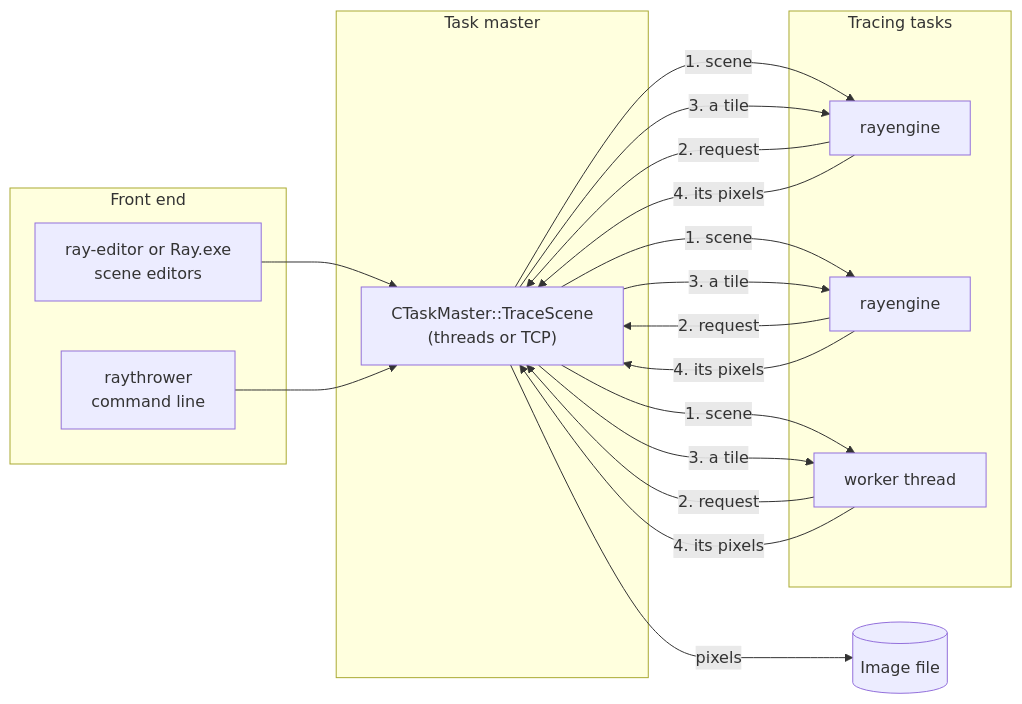
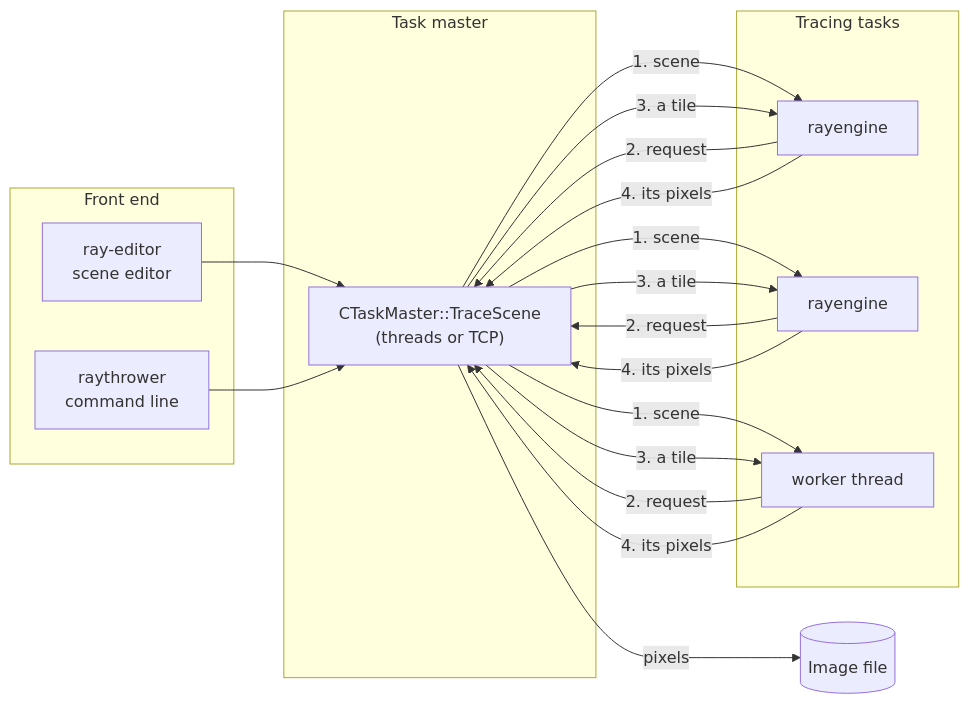
The diagram in README.md (jnaujok/Ray), drawn with Mermaid before and after one commit. The commit also changed other lines of this file and 239 other files, not shown here.

````diff
--- a/README.md
+++ b/README.md
@@ -324,22 +320,22 @@
 ```mermaid
 flowchart LR
     subgraph Front["Front end"]
-        UI["ray-editor or Ray.exe<br/>scene editors"]
+        UI["ray-editor<br/>scene editor"]
         CLI["raythrower<br/>command line"]
     end
     subgraph Master["Task master"]
         TM["CTaskMaster::TraceScene<br/>(threads or TCP)"]
     end
     subgraph Tasks["Tracing tasks"]
         E1[rayengine]
         E2[rayengine]
         E3["worker thread"]
     end
     UI --> TM
     CLI --> TM
     TM -- "1. scene" --> E1 & E2 & E3
     E1 & E2 & E3 -- "2. request" --> TM
     TM -- "3. a tile" --> E1 & E2 & E3
     E1 & E2 & E3 -- "4. its pixels" --> TM
     TM -- pixels --> IMG[(Image file)]
 ```
````
